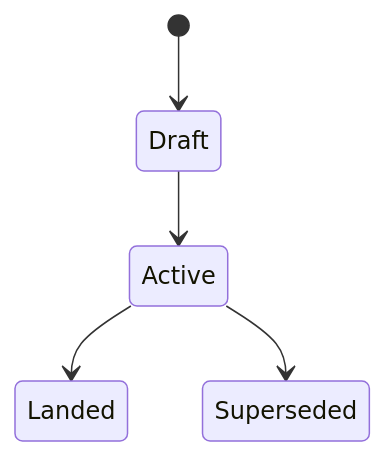
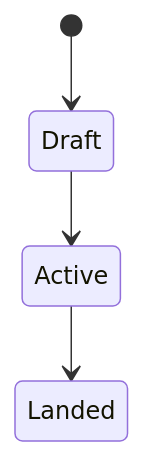
The second of 2 diagrams in docs/design/TEMPLATE.md (flyingrobots/jedit), drawn with Mermaid before and after one commit. The commit also changed other lines of this file and 324 other files, not shown here.

````diff
--- a/docs/design/TEMPLATE.md
+++ b/docs/design/TEMPLATE.md
@@ -194,7 +194,6 @@
 ```mermaid
 stateDiagram-v2
   [*] --> Draft
   Draft --> Active
   Active --> Landed
-  Active --> Superseded
 ```
````
